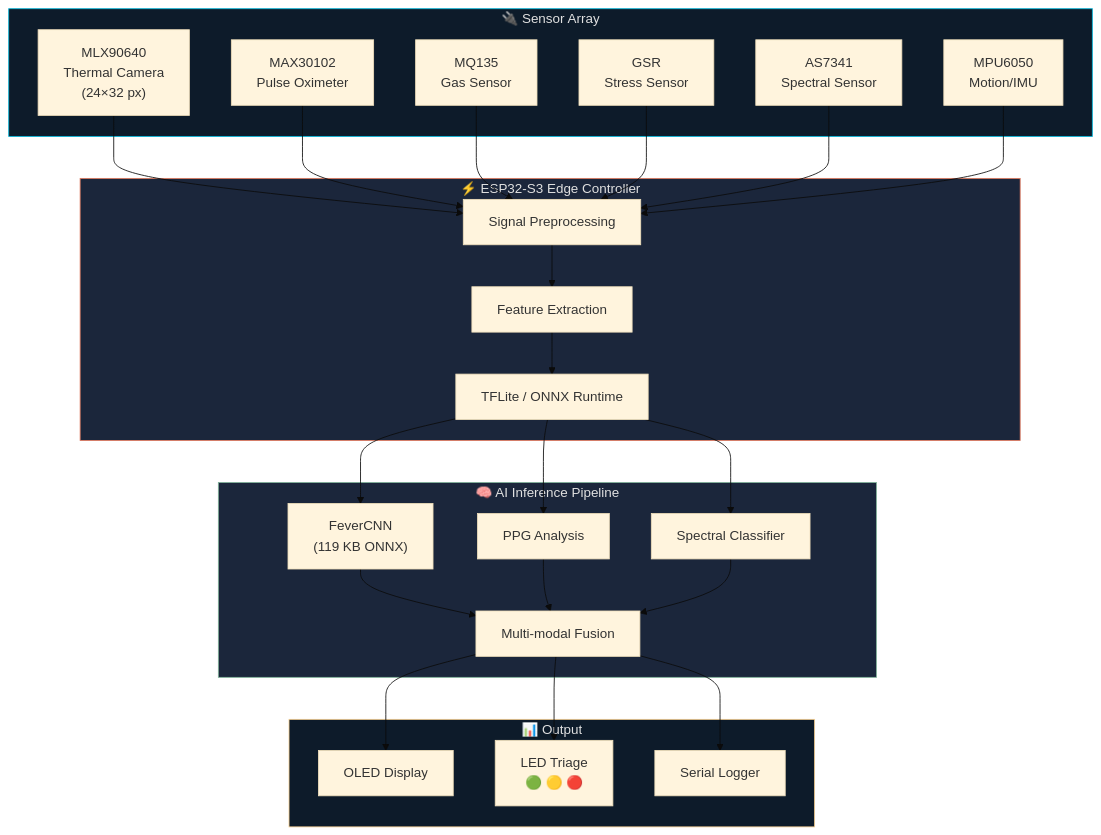
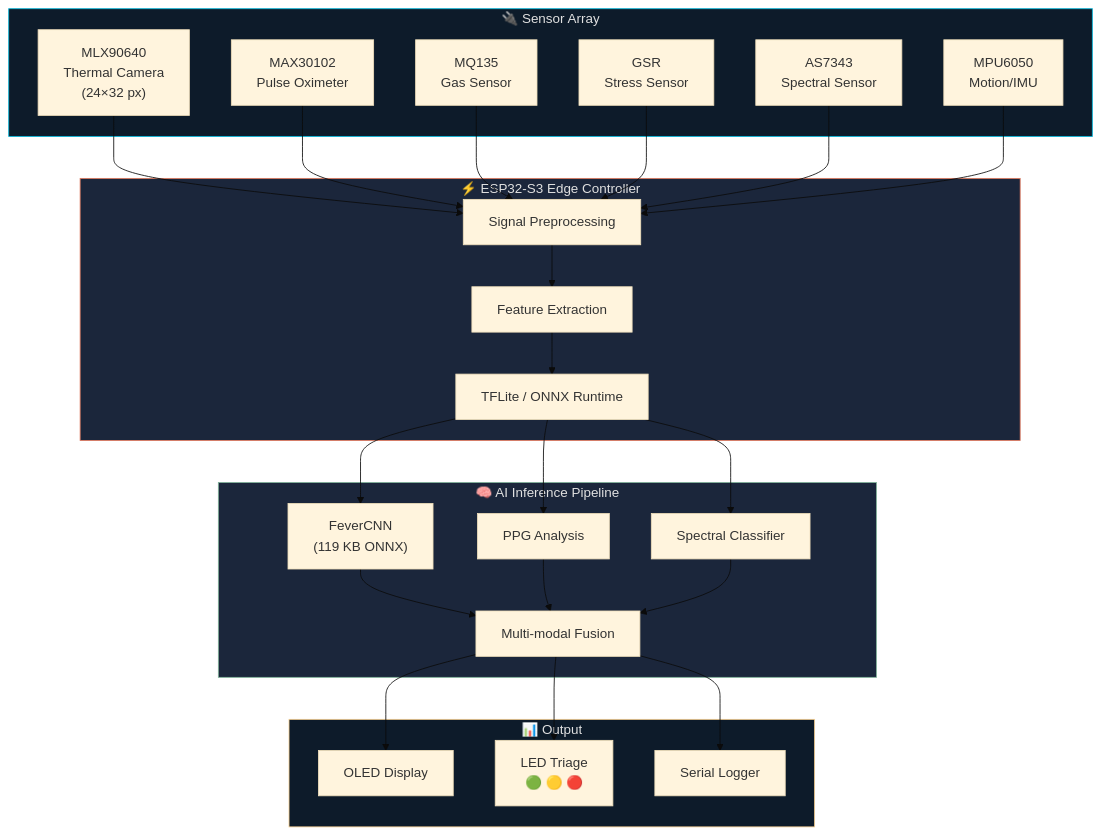
Before and after one commit to anmoln-27/Arogya-AI: the first of 2 diagrams in README.md, drawn with Mermaid (base theme). The commit also changed other lines of this file, not shown here.

Commit message:
Update spectral sensor from AS7341 to AS7343

````diff
--- a/README.md
+++ b/README.md
@@ -58,41 +58,41 @@
 ```mermaid
 graph TB
     subgraph SENSORS["🔌 Sensor Array"]
         S1["MLX90640<br/>Thermal Camera<br/>(24×32 px)"]
         S2["MAX30102<br/>Pulse Oximeter"]
         S3["MQ135<br/>Gas Sensor"]
         S4["GSR<br/>Stress Sensor"]
-        S5["AS7341<br/>Spectral Sensor"]
+        S5["AS7343<br/>Spectral Sensor"]
         S6["MPU6050<br/>Motion/IMU"]
     end
 
     subgraph MCU["⚡ ESP32-S3 Edge Controller"]
         P1["Signal Preprocessing"]
         P2["Feature Extraction"]
         P3["TFLite / ONNX Runtime"]
     end
 
     subgraph AI["🧠 AI Inference Pipeline"]
         M1["FeverCNN<br/>(119 KB ONNX)"]
         M2["PPG Analysis"]
         M3["Spectral Classifier"]
         M4["Multi-modal Fusion"]
     end
 
     subgraph OUTPUT["📊 Output"]
         O1["OLED Display"]
         O2["LED Triage<br/>🟢 🟡 🔴"]
         O3["Serial Logger"]
     end
 
     S1 & S2 & S3 & S4 & S5 & S6 --> P1
     P1 --> P2 --> P3
     P3 --> M1 & M2 & M3
     M1 & M2 & M3 --> M4
     M4 --> O1 & O2 & O3
 
     style SENSORS fill:#0d1b2a,stroke:#00b4d8,color:#e0e0e0
     style MCU fill:#1b263b,stroke:#e07a5f,color:#e0e0e0
     style AI fill:#1b263b,stroke:#81b29a,color:#e0e0e0
     style OUTPUT fill:#0d1b2a,stroke:#f2cc8f,color:#e0e0e0
 ```
````
